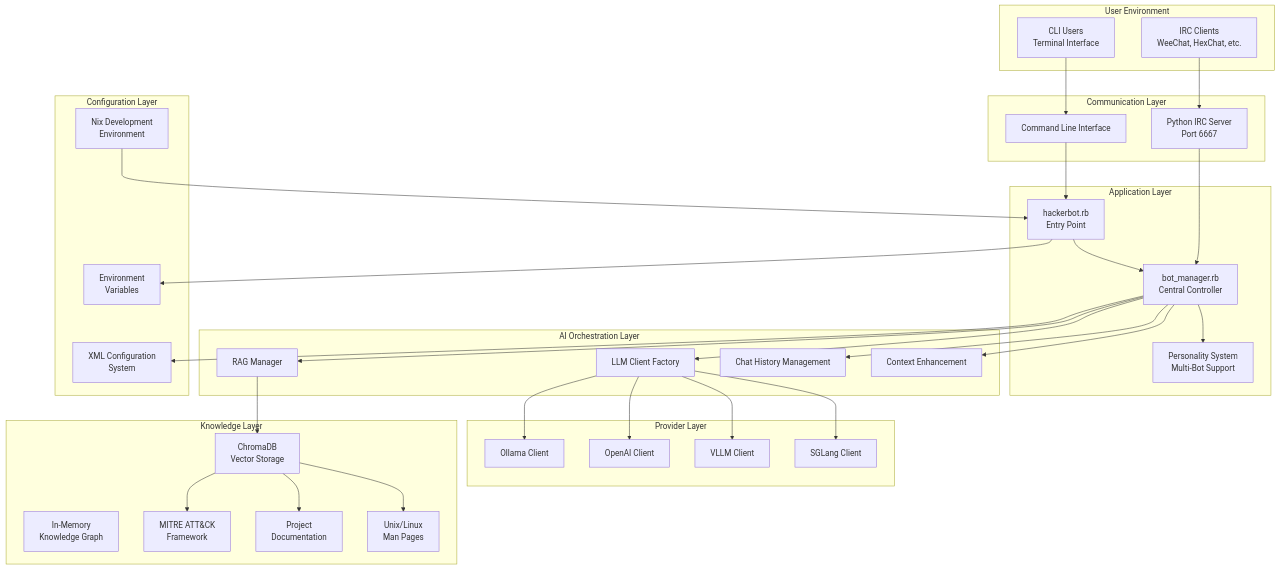
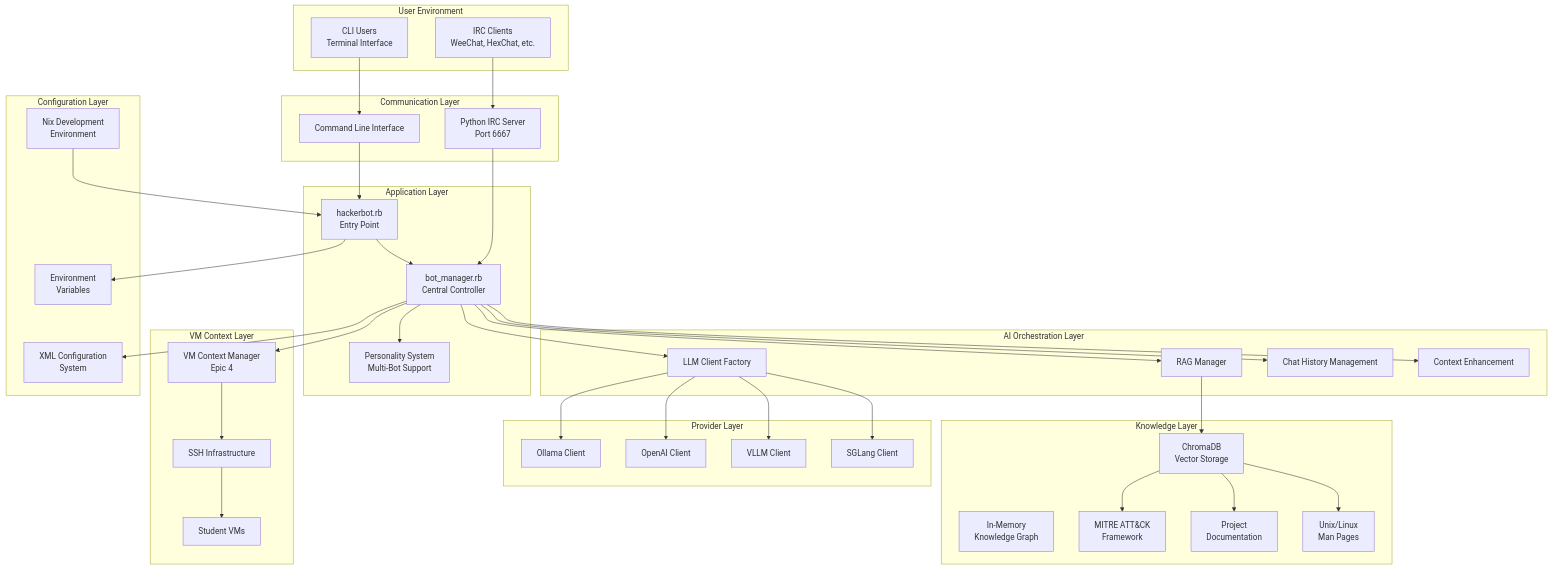
One commit to mission-deny-the-mission/opt_hackerbot changed the first of 8 diagrams in docs/architecture.md. Above: the diagram before and after it, drawn with Mermaid. The commit also changed other lines of this file and 2 other files, not shown here.

````diff
--- a/docs/architecture.md
+++ b/docs/architecture.md
@@ -86,72 +87,82 @@
 ```mermaid
 graph TB
     subgraph "User Environment"
         IRC_CLIENTS[IRC Clients<br/>WeeChat, HexChat, etc.]
         CLI_USERS[CLI Users<br/>Terminal Interface]
     end
     
     subgraph "Communication Layer"
         IRC_SERVER[Python IRC Server<br/>Port 6667]
         CLI_INTERFACE[Command Line Interface]
     end
     
     subgraph "Application Layer"
         HACKERBOT[hackerbot.rb<br/>Entry Point]
         BOT_MANAGER[bot_manager.rb<br/>Central Controller]
         PERSONALITY[Personality System<br/>Multi-Bot Support]
     end
     
     subgraph "AI Orchestration Layer"
         LLM_FACTORY[LLM Client Factory]
         RAG_MANAGER[RAG Manager]
         CHAT_HISTORY[Chat History Management]
         CONTEXT_ENHANCEMENT[Context Enhancement]
     end
     
     subgraph "Provider Layer"
         OLLAMA[Ollama Client]
         OPENAI[OpenAI Client]
         VLLM[VLLM Client]
         SGLANG[SGLang Client]
     end
     
     subgraph "Knowledge Layer"
         VECTOR_DB[ChromaDB<br/>Vector Storage]
         KNOWLEDGE_GRAPH[In-Memory<br/>Knowledge Graph]
         MITRE_FRAMEWORK[MITRE ATT&CK<br/>Framework]
         DOCUMENTATION[Project<br/>Documentation]
         MAN_PAGES[Unix/Linux<br/>Man Pages]
     end
     
+    subgraph "VM Context Layer"
+        VM_CONTEXT_MGR[VM Context Manager<br/>Epic 4]
+        SSH_INFRA[SSH Infrastructure]
+        STUDENT_VMS[Student VMs]
+    end
+    
     subgraph "Configuration Layer"
         XML_CONFIG[XML Configuration<br/>System]
         ENV_VARS[Environment<br/>Variables]
         NIX_ENV[Nix Development<br/>Environment]
     end
     
     IRC_CLIENTS --> IRC_SERVER
     CLI_USERS --> CLI_INTERFACE
     IRC_SERVER --> BOT_MANAGER
     CLI_INTERFACE --> HACKERBOT
     HACKERBOT --> BOT_MANAGER
     
     BOT_MANAGER --> PERSONALITY
     BOT_MANAGER --> LLM_FACTORY
     BOT_MANAGER --> RAG_MANAGER
     BOT_MANAGER --> CHAT_HISTORY
     BOT_MANAGER --> CONTEXT_ENHANCEMENT
+    BOT_MANAGER --> VM_CONTEXT_MGR
     
     LLM_FACTORY --> OLLAMA
     LLM_FACTORY --> OPENAI
     LLM_FACTORY --> VLLM
     LLM_FACTORY --> SGLANG
     
     RAG_MANAGER --> VECTOR_DB
     VECTOR_DB --> MITRE_FRAMEWORK
     VECTOR_DB --> DOCUMENTATION
     VECTOR_DB --> MAN_PAGES
     
+    VM_CONTEXT_MGR --> SSH_INFRA
+    SSH_INFRA --> STUDENT_VMS
+    
     BOT_MANAGER --> XML_CONFIG
     HACKERBOT --> ENV_VARS
     NIX_ENV --> HACKERBOT
 ```
````
